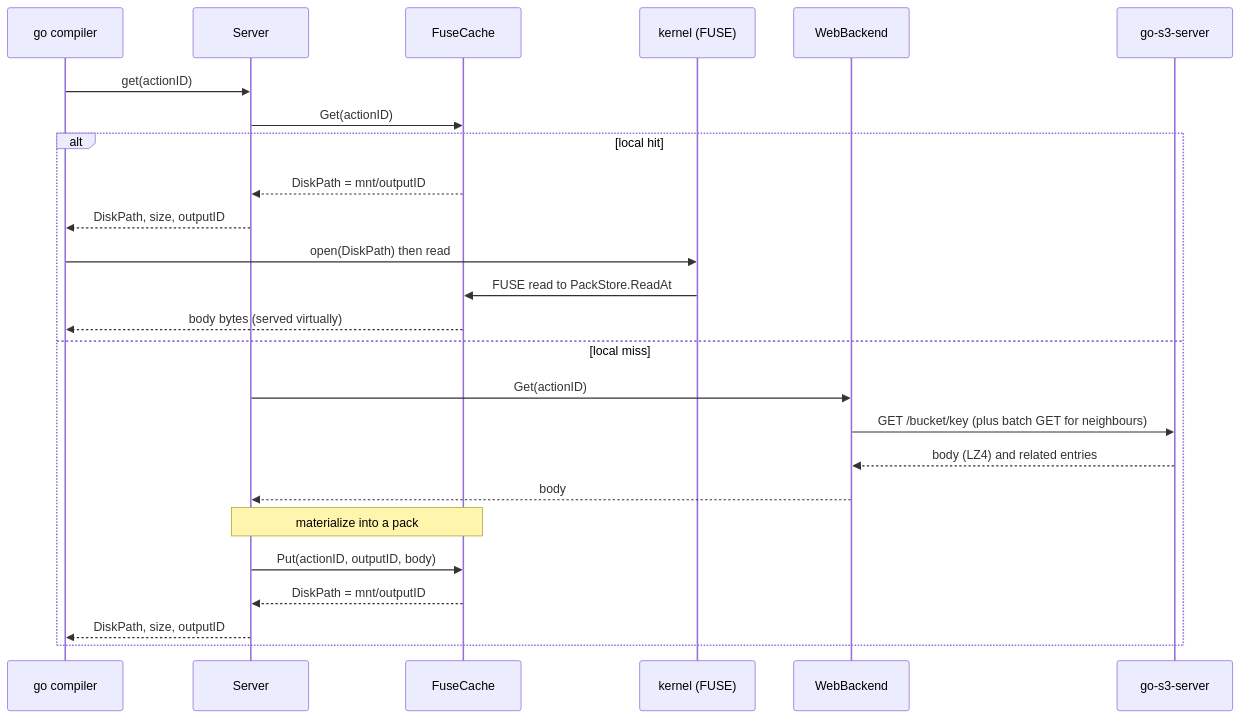
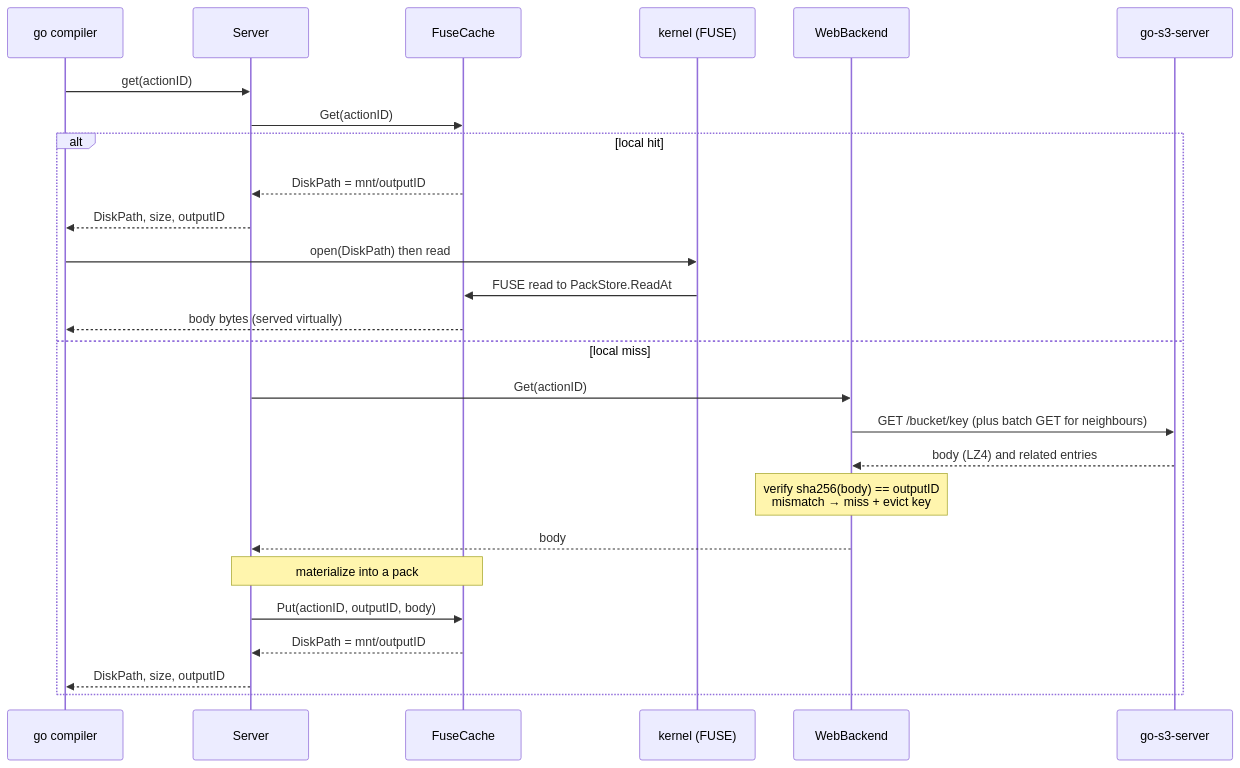
Before and after one commit to wow-look-at-my/go-toolchain: the fourth of 6 diagrams in docs/CACHE.md, drawn with Mermaid. The commit also changed other lines of this file and 1 other file, not shown here.

````diff
--- a/docs/CACHE.md
+++ b/docs/CACHE.md
@@ -218,28 +220,29 @@
 ```mermaid
 sequenceDiagram
     participant Go as go compiler
     participant S as Server
     participant L as FuseCache
     participant K as kernel (FUSE)
     participant W as WebBackend
     participant R as go-s3-server
 
     Go->>S: get(actionID)
     S->>L: Get(actionID)
     alt local hit
         L-->>S: DiskPath = mnt/outputID
         S-->>Go: DiskPath, size, outputID
         Go->>K: open(DiskPath) then read
         K->>L: FUSE read to PackStore.ReadAt
         L-->>Go: body bytes (served virtually)
     else local miss
         S->>W: Get(actionID)
         W->>R: GET /bucket/key (plus batch GET for neighbours)
         R-->>W: body (LZ4) and related entries
+        Note over W: verify sha256(body) == outputID<br/>mismatch → miss + evict key
         W-->>S: body
         Note over S,L: materialize into a pack
         S->>L: Put(actionID, outputID, body)
         L-->>S: DiskPath = mnt/outputID
         S-->>Go: DiskPath, size, outputID
     end
 ```
````
